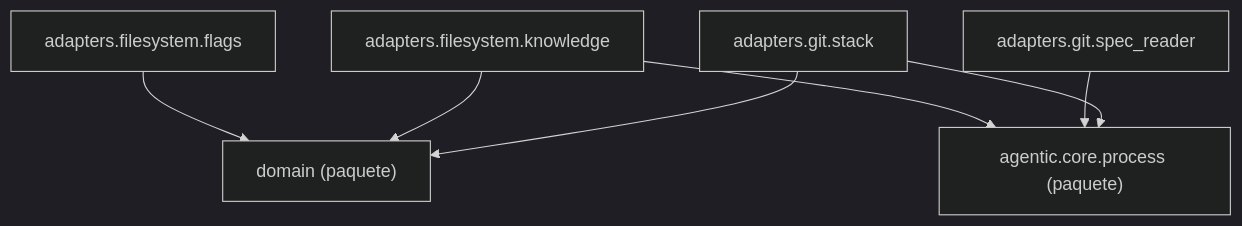
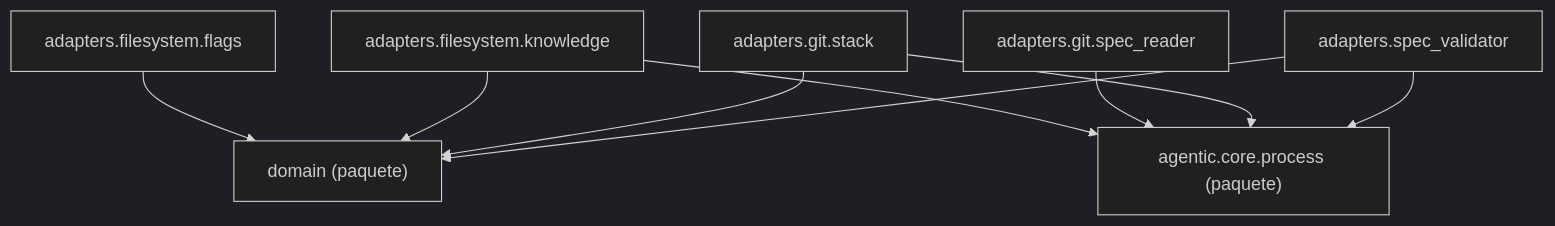
The diagram in docs/architecture/generated/packages-knowledge-adapters.md (GonzaloZevallos/agentic-system), drawn with Mermaid (dark theme) before and after one commit. The commit also changed 26 other files, not shown here.

First line of the commit message:
Add the unwired spec seam: SpecValidator port, spec_refusal key and route helpers

````diff
--- a/docs/architecture/generated/packages-knowledge-adapters.md
+++ b/docs/architecture/generated/packages-knowledge-adapters.md
@@ -7,15 +7,18 @@
 ```mermaid
 graph TD
     g_pkg__agentic__core__process["agentic.core.process (paquete)"]
     g_pkg__domain["domain (paquete)"]
     m_adapters__filesystem__flags["adapters.filesystem.flags"]
     m_adapters__filesystem__knowledge["adapters.filesystem.knowledge"]
     m_adapters__git__spec_reader["adapters.git.spec_reader"]
     m_adapters__git__stack["adapters.git.stack"]
+    m_adapters__spec_validator["adapters.spec_validator"]
     m_adapters__filesystem__flags --> g_pkg__domain
     m_adapters__filesystem__knowledge --> g_pkg__agentic__core__process
     m_adapters__filesystem__knowledge --> g_pkg__domain
     m_adapters__git__spec_reader --> g_pkg__agentic__core__process
     m_adapters__git__stack --> g_pkg__agentic__core__process
     m_adapters__git__stack --> g_pkg__domain
+    m_adapters__spec_validator --> g_pkg__agentic__core__process
+    m_adapters__spec_validator --> g_pkg__domain
 ```
````
